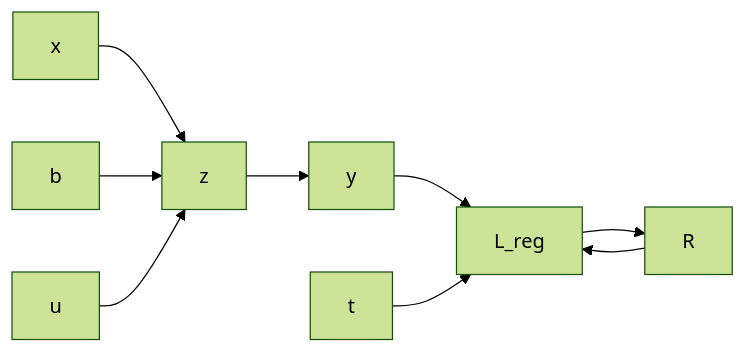
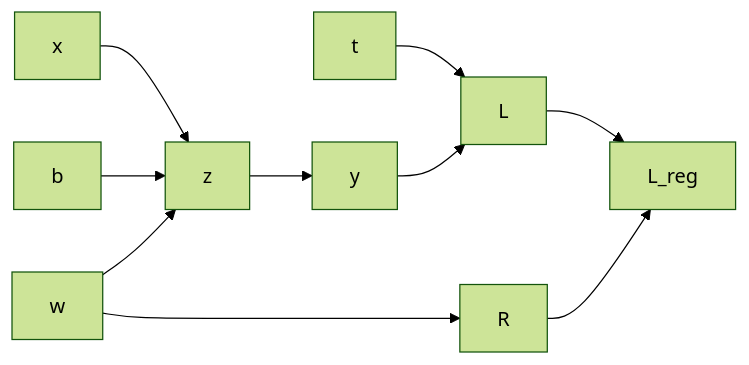
One commit to Tolia-GH/ITMO-AI changed the third of 5 diagrams in 1NaturalLanguageProcessing/Lectures/lecture03/lecture03.md. Above: the diagram before and after it, drawn with Mermaid (forest theme). The commit also changed other lines of this file and 9 other files, not shown here.

````diff
--- a/1NaturalLanguageProcessing/Lectures/lecture03/lecture03.md
+++ b/1NaturalLanguageProcessing/Lectures/lecture03/lecture03.md
@@ -748,11 +624,12 @@
 ```mermaid
 graph LR
   x["x"] --> z["z"]
+  t["t"] --> L["L"]
   b["b"] --> z["z"]
-  u["u"] --> z["z"]
+  w["w"] --> z["z"]
   z --> y["y"]
-  y --> L["L"]
-  L --> R["R"]
-  t["t"] --> L["L_reg"]
-  R --> L
+  y --> L
+  w --> R
+  L --> LR["L_reg"]
+  R --> LR
 ```
````
